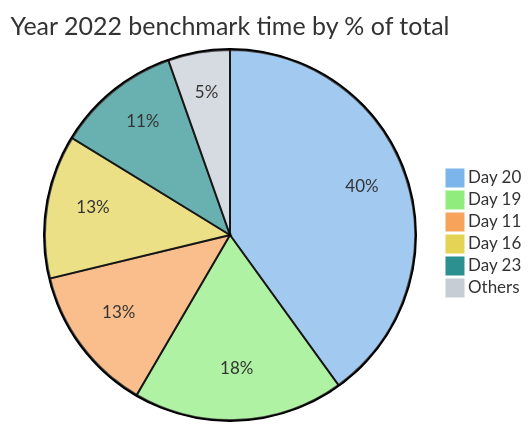
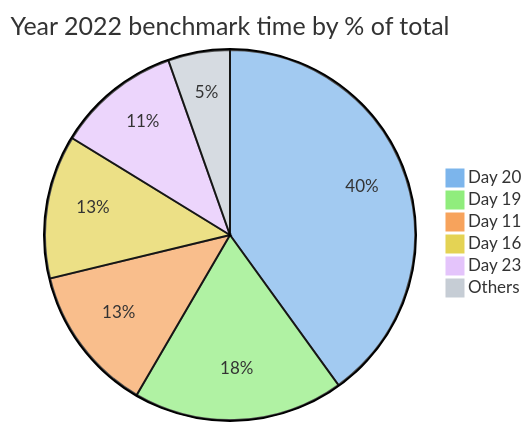
Before and after one commit to maneatingape/advent-of-code-rust: the second of 6 diagrams in README.md, drawn with Mermaid. The commit also changed other lines of this file, not shown here.

Commit message:
Update benchmark data and graphs

````diff
--- a/README.md
+++ b/README.md
@@ -74,11 +80,11 @@
 ```mermaid
-%%{init: {'theme': 'base', 'themeVariables': { 'pie1': '#7cb5ec', 'pie2': '#90ed7d', 'pie3': '#f7a35c', 'pie4': '#e4d354', 'pie5': '#2b908f', 'pie6': '#c6cdd5'}}}%%
+%%{init: {'theme': 'base', 'themeVariables': { 'pie1': '#7cb5ec', 'pie2': '#90ed7d', 'pie3': '#f7a35c', 'pie4': '#e4d354', 'pie5': '#e4c4fb', 'pie6': '#c6cdd5'}}}%%
 pie
     title Year 2022 benchmark time by % of total
     "Day 20" : 7449
     "Day 19" : 3416
     "Day 11" : 2386
     "Day 16" : 2331
     "Day 23" : 2017
     "Others" : 1004
 ```
````
